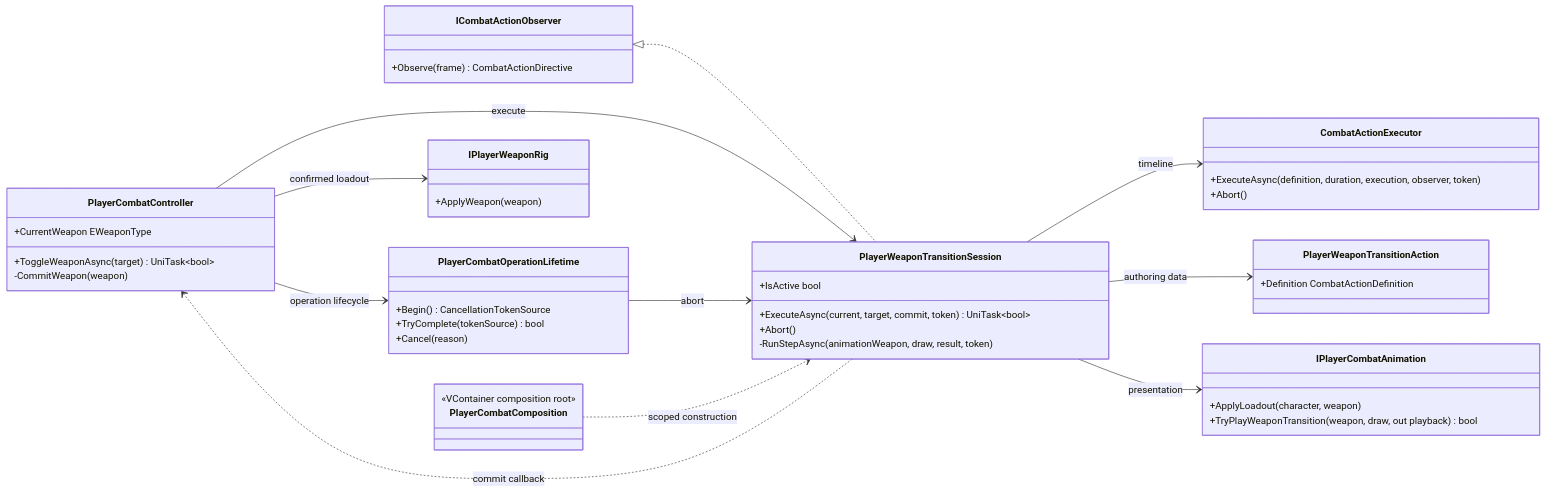
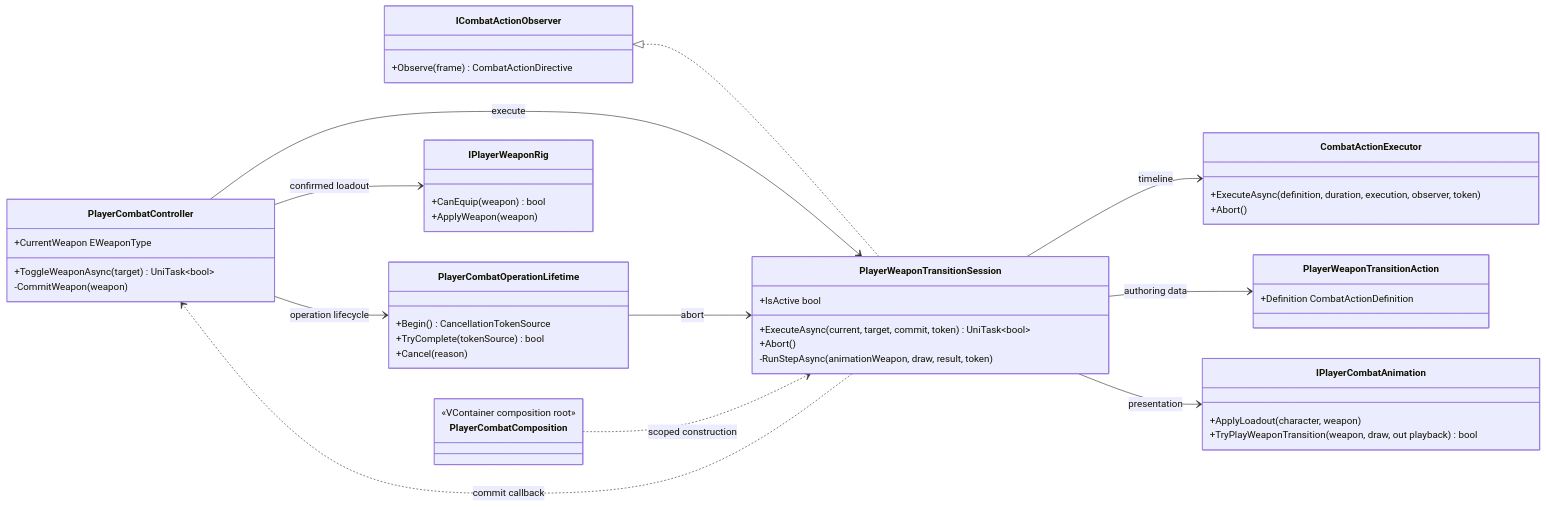
The first of 2 diagrams in Docs/Architecture/Combat.WeaponTransition.md (MaximFonariuc/project-s), drawn with Mermaid before and after one commit. The commit also changed other lines of this file and 4 other files, not shown here.

````diff
--- a/Docs/Architecture/Combat.WeaponTransition.md
+++ b/Docs/Architecture/Combat.WeaponTransition.md
@@ -15,52 +15,53 @@
 ```mermaid
 classDiagram
     direction LR
 
     class PlayerCombatController {
         +CurrentWeapon EWeaponType
         +ToggleWeaponAsync(target) UniTask~bool~
         -CommitWeapon(weapon)
     }
     class PlayerWeaponTransitionSession {
         +IsActive bool
         +ExecuteAsync(current, target, commit, token) UniTask~bool~
         +Abort()
         -RunStepAsync(animationWeapon, draw, result, token)
     }
     class PlayerCombatOperationLifetime {
         +Begin() CancellationTokenSource
         +TryComplete(tokenSource) bool
         +Cancel(reason)
     }
     class ICombatActionObserver {
         +Observe(frame) CombatActionDirective
     }
     class CombatActionExecutor {
         +ExecuteAsync(definition, duration, execution, observer, token)
         +Abort()
     }
     class PlayerWeaponTransitionAction {
         +Definition CombatActionDefinition
     }
     class IPlayerCombatAnimation {
         +ApplyLoadout(character, weapon)
         +TryPlayWeaponTransition(weapon, draw, out playback) bool
     }
     class IPlayerWeaponRig {
+        +CanEquip(weapon) bool
         +ApplyWeapon(weapon)
     }
     class PlayerCombatComposition {
         <<VContainer composition root>>
     }
 
     ICombatActionObserver <|.. PlayerWeaponTransitionSession
     PlayerCombatController --> PlayerWeaponTransitionSession : execute
     PlayerCombatController --> PlayerCombatOperationLifetime : operation lifecycle
     PlayerCombatOperationLifetime --> PlayerWeaponTransitionSession : abort
     PlayerWeaponTransitionSession --> CombatActionExecutor : timeline
     PlayerWeaponTransitionSession --> PlayerWeaponTransitionAction : authoring data
     PlayerWeaponTransitionSession --> IPlayerCombatAnimation : presentation
     PlayerWeaponTransitionSession ..> PlayerCombatController : commit callback
     PlayerCombatController --> IPlayerWeaponRig : confirmed loadout
     PlayerCombatComposition ..> PlayerWeaponTransitionSession : scoped construction
 ```
````
